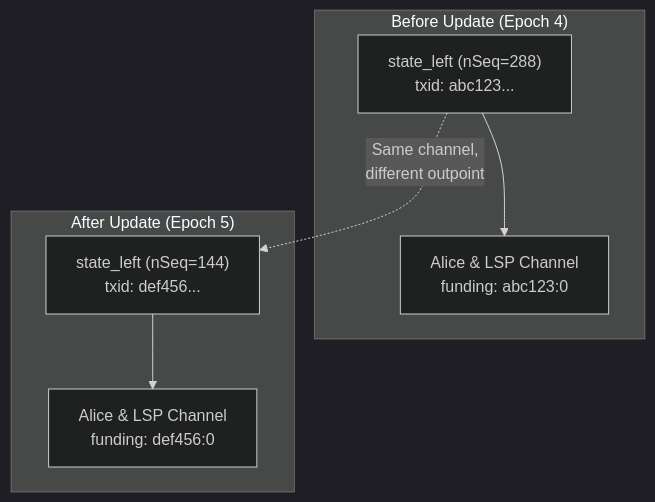
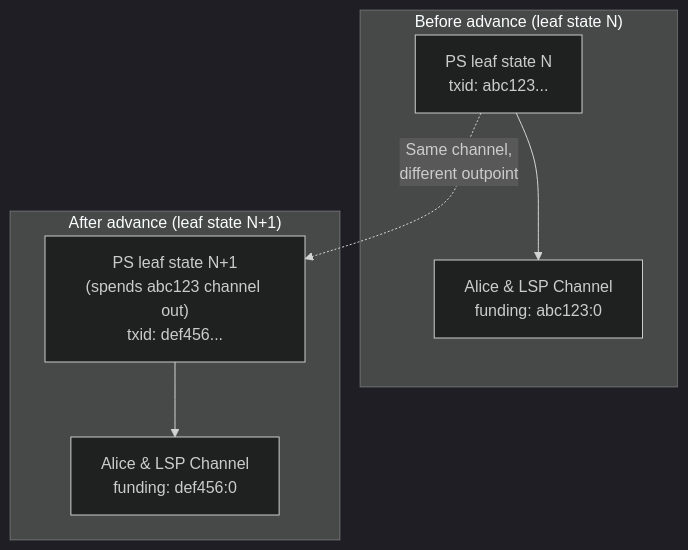
The first of 2 diagrams in extensions/dual-state-management.md (8144225309/superscalar-docs), drawn with Mermaid (dark theme) before and after one commit. The commit also changed other lines of this file and 28 other files, not shown here.

First line of the commit message:
docs: full overhaul — accuracy + PS-leaf diagrams + drift fixes + operational-security (#27)

````diff
--- a/extensions/dual-state-management.md
+++ b/extensions/dual-state-management.md
@@ -9,14 +9,14 @@
 ```mermaid
 graph TD
-    subgraph "Before Update (Epoch 4)"
-        S1["state_left (nSeq=288)<br/>txid: abc123..."]
+    subgraph "Before advance (leaf state N)"
+        S1["PS leaf state N<br/>txid: abc123..."]
         S1 --> CH1["Alice & LSP Channel<br/>funding: abc123:0"]
     end
 
-    subgraph "After Update (Epoch 5)"
-        S2["state_left (nSeq=144)<br/>txid: def456..."]
+    subgraph "After advance (leaf state N+1)"
+        S2["PS leaf state N+1<br/>(spends abc123 channel out)<br/>txid: def456..."]
         S2 --> CH2["Alice & LSP Channel<br/>funding: def456:0"]
     end
 
     S1 -.->|"Same channel,<br/>different outpoint"| S2
 ```
````
